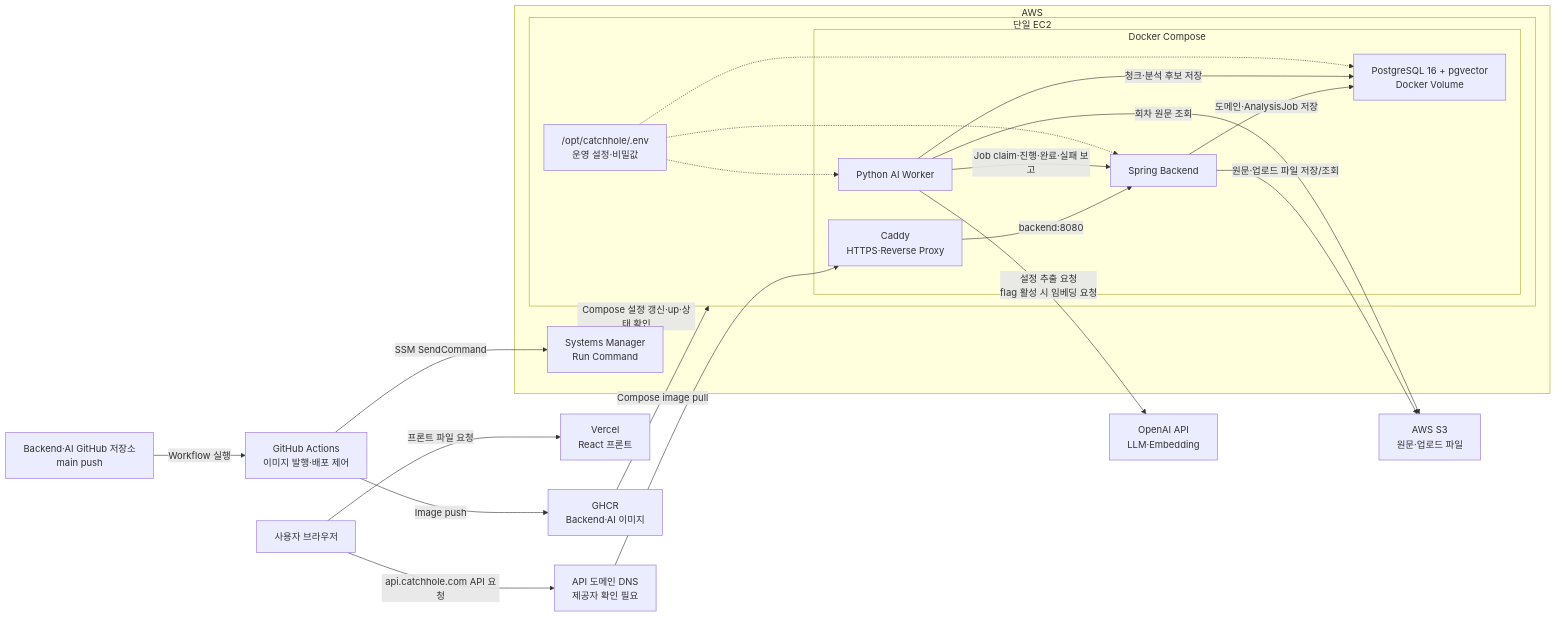
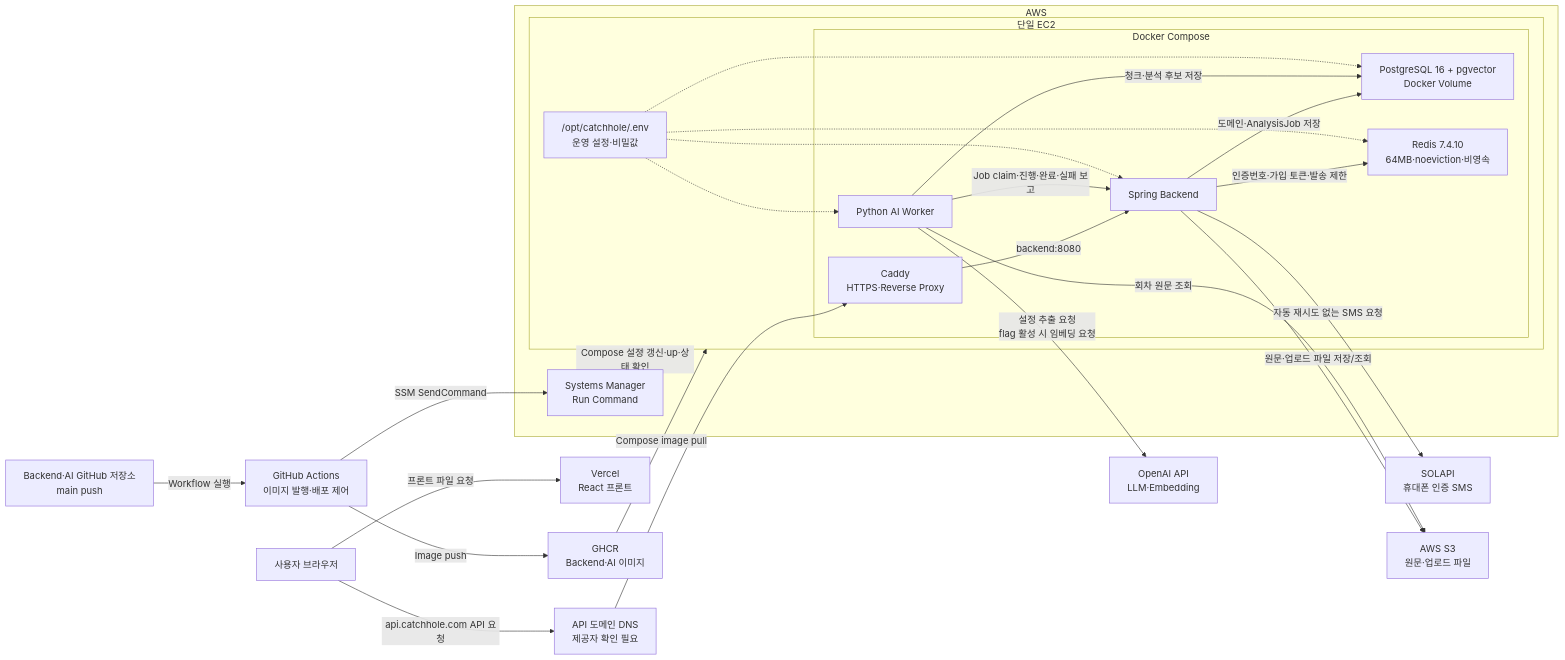
Before and after one commit to catchhole-soma/catchhole-backend-java: the first of 3 diagrams in docs/infrastructure-flow.md, drawn with Mermaid. The commit also changed other lines of this file and 3 other files, not shown here.

````diff
--- a/docs/infrastructure-flow.md
+++ b/docs/infrastructure-flow.md
@@ -25,49 +26,54 @@
 ```mermaid
 flowchart LR
     USER["사용자 브라우저"]
     VERCEL["Vercel<br/>React 프론트"]
     DNS["API 도메인 DNS<br/>제공자 확인 필요"]
     OPENAI["OpenAI API<br/>LLM·Embedding"]
+    SOLAPI["SOLAPI<br/>휴대폰 인증 SMS"]
     S3["AWS S3<br/>원문·업로드 파일"]
     REPOSITORIES["Backend·AI GitHub 저장소<br/>main push"]
     ACTIONS["GitHub Actions<br/>이미지 발행·배포 제어"]
     GHCR["GHCR<br/>Backend·AI 이미지"]
 
     subgraph AWS["AWS"]
         SSM["Systems Manager<br/>Run Command"]
 
         subgraph EC2["단일 EC2"]
             subgraph COMPOSE["Docker Compose"]
                 CADDY["Caddy<br/>HTTPS·Reverse Proxy"]
                 SPRING["Spring Backend"]
                 WORKER["Python AI Worker"]
                 POSTGRES["PostgreSQL 16 + pgvector<br/>Docker Volume"]
+                REDIS["Redis 7.4.10<br/>64MB·noeviction·비영속"]
             end
 
             ENV["/opt/catchhole/.env<br/>운영 설정·비밀값"]
         end
     end
 
     USER -->|"프론트 파일 요청"| VERCEL
     USER -->|"api.catchhole.com API 요청"| DNS
     DNS --> CADDY
     CADDY -->|"backend:8080"| SPRING
 
     SPRING -->|"도메인·AnalysisJob 저장"| POSTGRES
+    SPRING -->|"인증번호·가입 토큰·발송 제한"| REDIS
+    SPRING -->|"자동 재시도 없는 SMS 요청"| SOLAPI
     SPRING -->|"원문·업로드 파일 저장/조회"| S3
 
     WORKER -->|"Job claim·진행·완료·실패 보고"| SPRING
     WORKER -->|"청크·분석 후보 저장"| POSTGRES
     WORKER -->|"회차 원문 조회"| S3
     WORKER -->|"설정 추출 요청<br/>flag 활성 시 임베딩 요청"| OPENAI
 
     ENV -.-> SPRING
     ENV -.-> WORKER
     ENV -.-> POSTGRES
+    ENV -.-> REDIS
 
     REPOSITORIES -->|"Workflow 실행"| ACTIONS
     ACTIONS -->|"Image push"| GHCR
     ACTIONS -->|"SSM SendCommand"| SSM
     GHCR -->|"Compose image pull"| EC2
     SSM -->|"Compose 설정 갱신·up·상태 확인"| EC2
 ```
````
